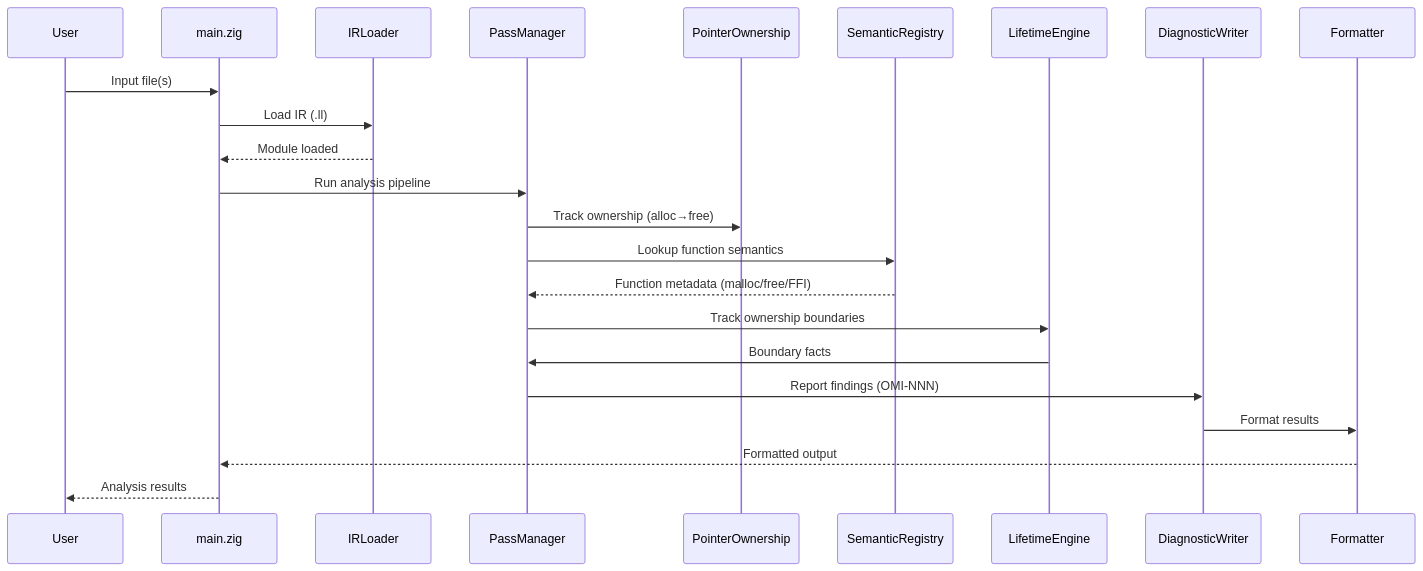
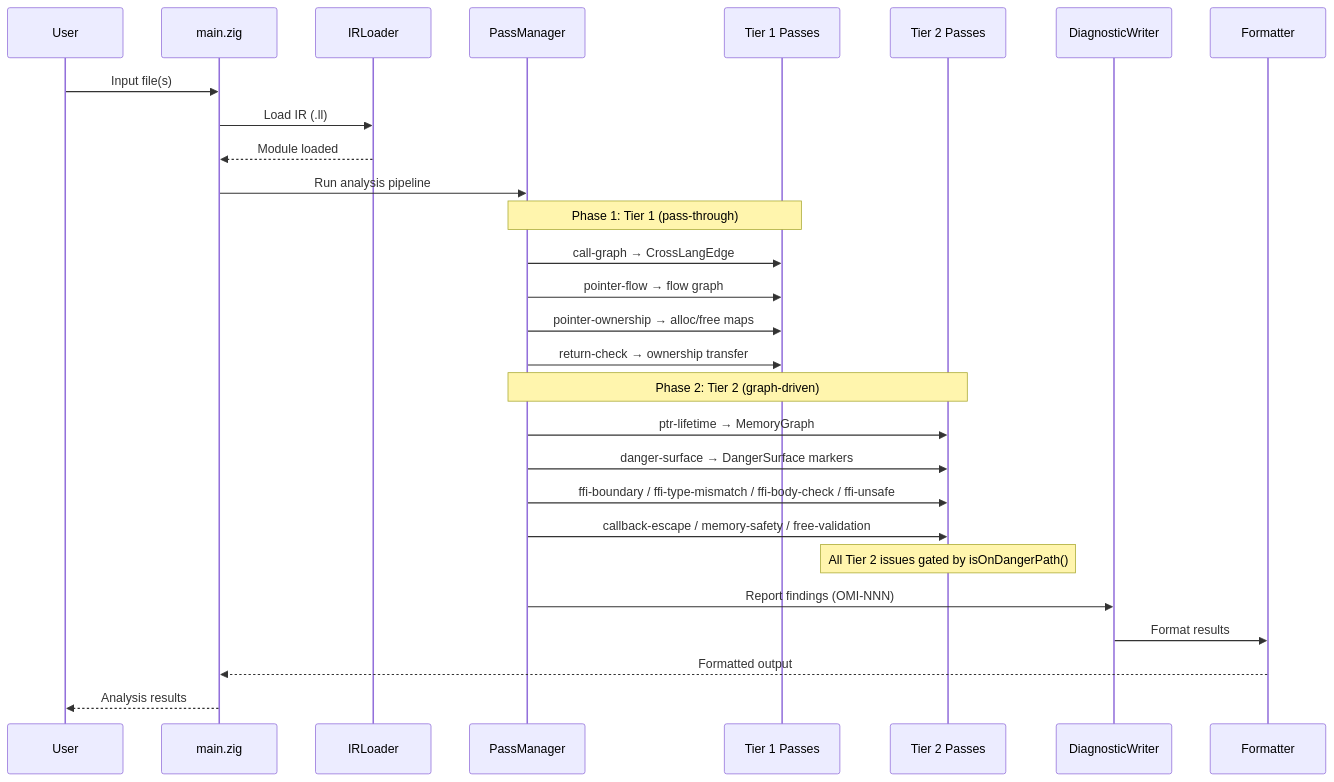
The third of 5 diagrams in docs/architecture.md (Timwood0x10/OmniScope), drawn with Mermaid before and after one commit. The commit also changed other lines of this file and 101 other files, not shown here.

````diff
--- a/docs/architecture.md
+++ b/docs/architecture.md
@@ -119,30 +200,36 @@
 ```mermaid
 sequenceDiagram
     participant User
     participant CLI as main.zig
     participant Loader as IRLoader
     participant Pass as PassManager
-    participant Pointer as PointerOwnership
-    participant Registry as SemanticRegistry
-    participant Lifetime as LifetimeEngine
+    participant Tier1 as Tier 1 Passes
+    participant Tier2 as Tier 2 Passes
     participant Diag as DiagnosticWriter
     participant Output as Formatter
 
     User->>CLI: Input file(s)
     CLI->>Loader: Load IR (.ll)
     Loader-->>CLI: Module loaded
 
     CLI->>Pass: Run analysis pipeline
 
-    Pass->>Pointer: Track ownership (alloc→free)
-    Pass->>Registry: Lookup function semantics
-    Registry-->>Pass: Function metadata (malloc/free/FFI)
+    Note over Pass,Tier1: Phase 1: Tier 1 (pass-through)
+    Pass->>Tier1: call-graph → CrossLangEdge
+    Pass->>Tier1: pointer-flow → flow graph
+    Pass->>Tier1: pointer-ownership → alloc/free maps
+    Pass->>Tier1: return-check → ownership transfer
 
-    Pass->>Lifetime: Track ownership boundaries
-    Lifetime->>Pass: Boundary facts
+    Note over Pass,Tier2: Phase 2: Tier 2 (graph-driven)
+    Pass->>Tier2: ptr-lifetime → MemoryGraph
+    Pass->>Tier2: danger-surface → DangerSurface markers
+    Pass->>Tier2: ffi-boundary / ffi-type-mismatch / ffi-body-check / ffi-unsafe
+    Pass->>Tier2: callback-escape / memory-safety / free-validation
+
+    Note over Tier2: All Tier 2 issues gated by isOnDangerPath()
 
     Pass->>Diag: Report findings (OMI-NNN)
     Diag->>Output: Format results
     Output-->>CLI: Formatted output
     CLI-->>User: Analysis results
 ```
````
